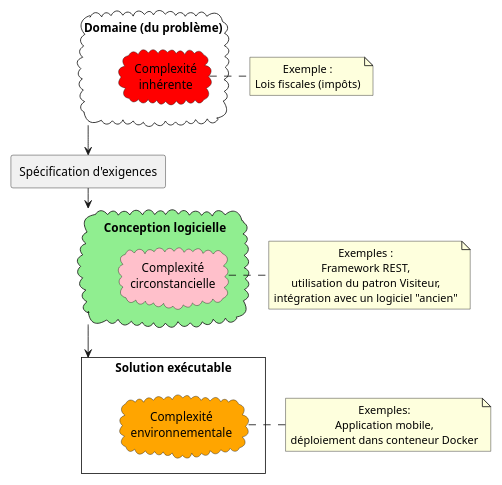
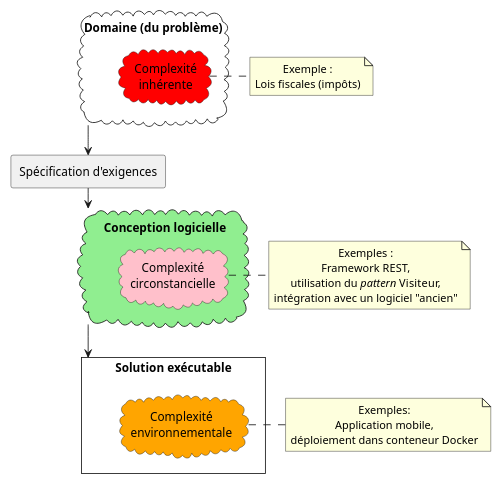
One commit to fuhrmanator/log210-ndc-quarto changed the third of 3 diagrams in AnalyseConception.qmd. Above: the diagram before and after it, drawn with PlantUML. The commit also changed other lines of this file and 9 other files, not shown here.

Commit message:
Corriger erreurs du Merge, intégrer exercices etc. Utiliser _pattern_ partout (à la place de patron) comme le livre de Larman en français. fixes #23

````diff
--- a/AnalyseConception.qmd
+++ b/AnalyseConception.qmd
@@ -162,30 +162,30 @@
 ```{.plantuml #fig-complexitySources caption="Sources de complexité (inhérente, circonstancielle et environnementale) par rapport au processus de développement (analyse, conception et implémentation)."}
 @startuml
 scale 0.8
 skinparam style strictuml
 skinparam backgroundColor transparent
 skinparam packageBackgroundColor transparent
 skinparam defaultFontName Arial 
 skinparam defaultTextAlignment center
 cloud "Domaine (du problème)" as P {
  cloud "Complexité\ninhérente" as PP #red {
  }
 }
 note right of PP: Exemple :\nLois fiscales (impôts)
 rectangle "Spécification d'exigences" as S {
 }
 cloud "Conception logicielle" as C #lightgreen {
 cloud "Complexité\ncirconstancielle" as CC #pink {
 }
 }
-note right of CC: Exemples :\nFramework REST,\nutilisation du patron Visiteur,\nintégration avec un logiciel "ancien"
+note right of CC: Exemples :\nFramework REST,\nutilisation du //pattern// Visiteur,\nintégration avec un logiciel "ancien"
 rectangle "Solution exécutable" as E {
 cloud "Complexité\nenvironnementale" as EE #orange {
 }
 }
 note left of EE: Exemples:\nApplication mobile,\ndéploiement dans conteneur Docker
 P --> S 
 S --> C
 C --> E
 @enduml
 ```
````
